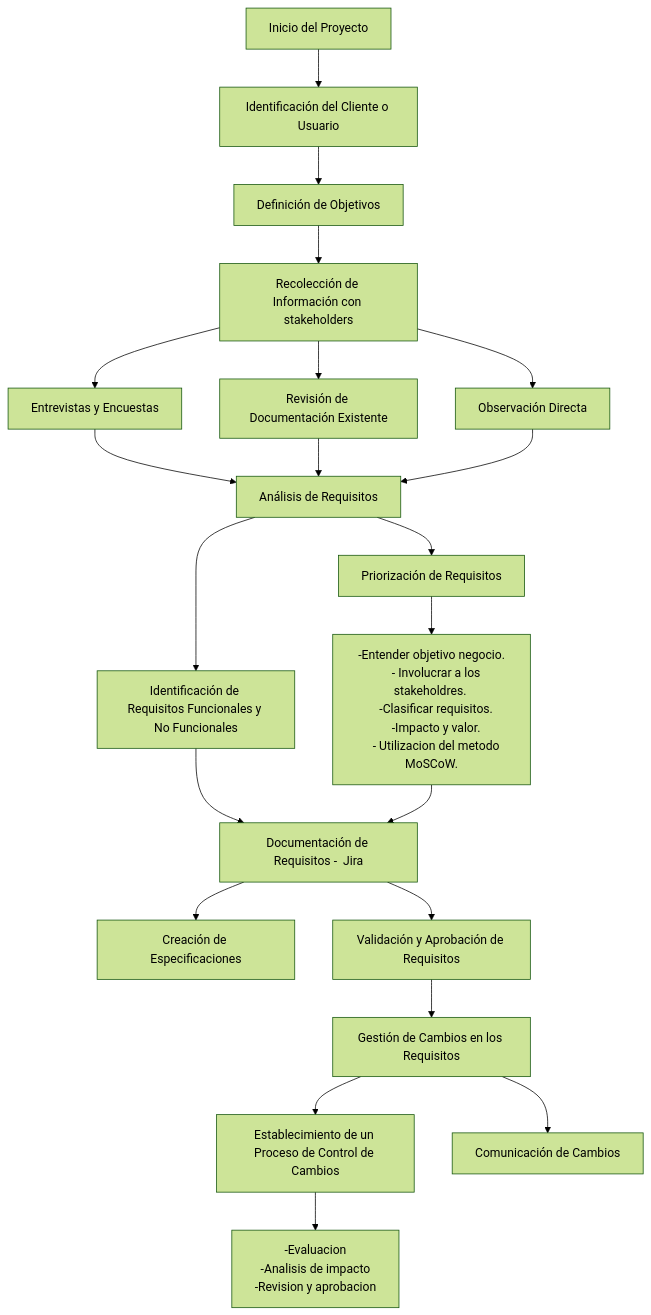
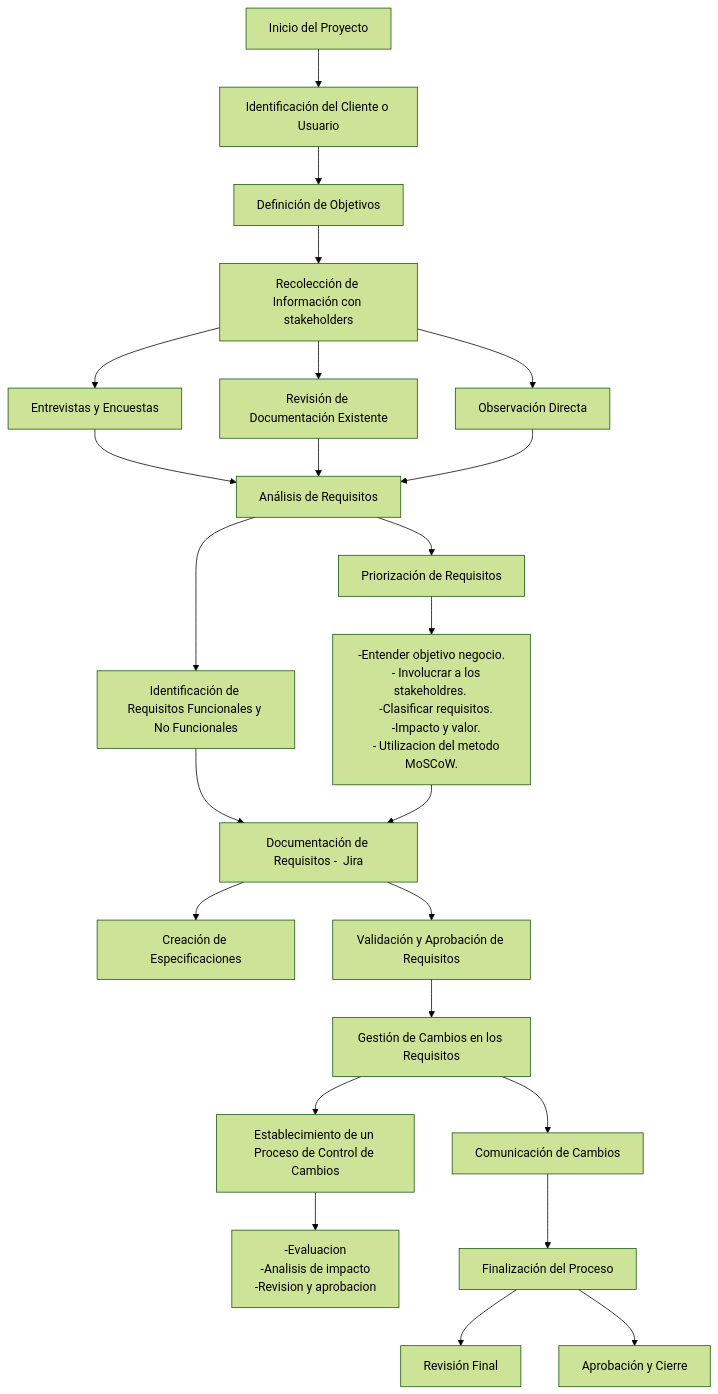
One commit to RCastillo94/Proyecto-Final-Intro.-Ing.-Soft changed the diagram in proc-coleccion-requisitos.md. Above: the diagram before and after it, drawn with Mermaid (forest theme).

Commit message:
Update proc-coleccion-requisitos.md
test

````diff
--- a/proc-coleccion-requisitos.md
+++ b/proc-coleccion-requisitos.md
@@ -1,36 +2,42 @@
-```Mermaid
+```mermaid
 flowchart TD
     A[Inicio del Proyecto] --> B[Identificación del Cliente o Usuario]
     B --> C[Definición de Objetivos]
     C --> D[Recolección de Información con stakeholders]
 
     D --> D1[Entrevistas y Encuestas]
     D --> D2[Revisión de Documentación Existente]
     D --> D3[Observación Directa]
 
     D1 --> E[Análisis de Requisitos]
     D2 --> E
     D3 --> E
 
     E --> E1[Identificación de Requisitos Funcionales y No Funcionales]
     E --> E2[Priorización de Requisitos]
 
     E1 --> F[Documentación de Requisitos -  Jira]
     E2 --> E3["-Entender objetivo negocio.
     - Involucrar a los stakeholdres. 
     -Clasificar requisitos. 
     -Impacto y valor. 
     - Utilizacion del metodo MoSCoW."]
     E3 --> F 
 
     F --> F1[Creación de Especificaciones]
     F --> F2[Validación y Aprobación de Requisitos]
 
     F2 --> G[Gestión de Cambios en los Requisitos]
 
     G --> G1[Establecimiento de un Proceso de Control de Cambios]
     G --> G2[Comunicación de Cambios]
     G1 --> G3["-Evaluacion
     -Analisis de impacto
     -Revision y aprobacion" ]
+
+    G2 --> H[Finalización del Proceso]
+
+    H --> H1[Revisión Final]
+    H --> H2[Aprobación y Cierre]
+
 ```
````
